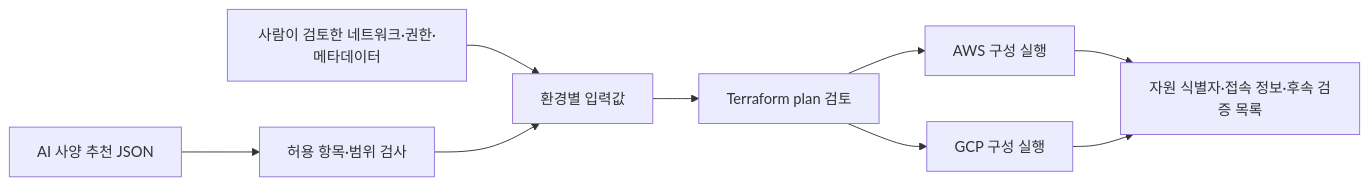
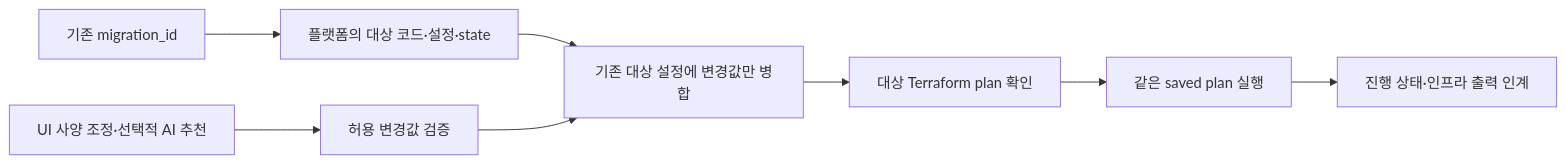
The diagram in README.md (SoftBank-2026-Hackathon-Foxtrot/IaC), drawn with Mermaid before and after one commit. The commit also changed other lines of this file and 31 other files, not shown here.

````diff
--- a/README.md
+++ b/README.md
@@ -20,11 +20,10 @@
 ```mermaid
 flowchart LR
-  H[사람이 검토한 네트워크·권한·메타데이터] --> C[환경별 입력값]
-  AI[AI 사양 추천 JSON] --> V[허용 항목·범위 검사]
+  M[기존 migration_id] --> B[플랫폼의 대상 코드·설정·state]
+  U[UI 사양 조정·선택적 AI 추천] --> V[허용 변경값 검증]
+  B --> C[기존 대상 설정에 변경값만 병합]
   V --> C
-  C --> P[Terraform plan 검토]
-  P --> A[AWS 구성 실행]
-  P --> G[GCP 구성 실행]
-  A --> O[자원 식별자·접속 정보·후속 검증 목록]
-  G --> O
+  C --> P[대상 Terraform plan 확인]
+  P --> A[같은 saved plan 실행]
+  A --> O[진행 상태·인프라 출력 인계]
 ```
````
